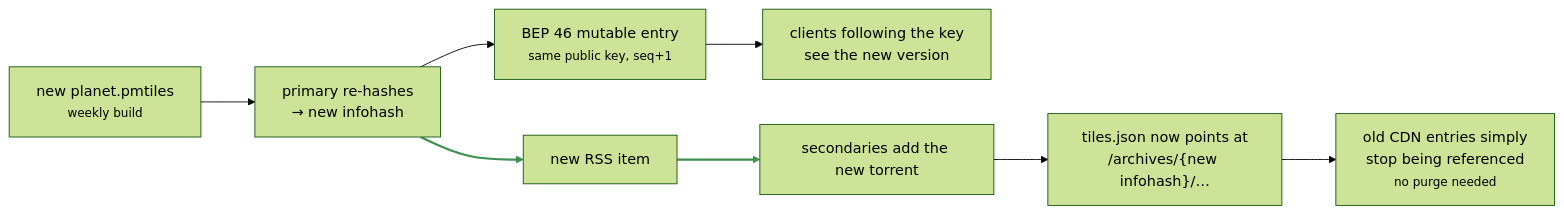
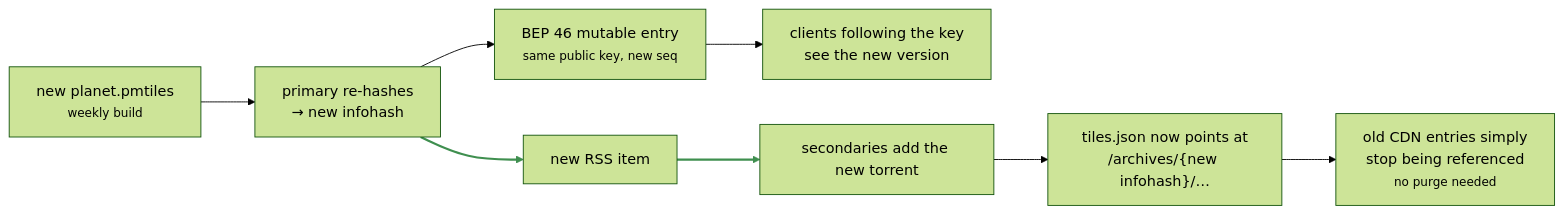
One commit to TechIdiots-LLC/pmtiles-swarm changed the fourth of 4 diagrams in docs/architecture-diagram.md. Above: the diagram before and after it, drawn with Mermaid (forest theme). The commit also changed other lines of this file and 1 other file, not shown here.

````diff
--- a/docs/architecture-diagram.md
+++ b/docs/architecture-diagram.md
@@ -223,15 +223,15 @@
 ```mermaid
 %%{init: {"flowchart": {"rankSpacing": 60}}}%%
 graph LR
     NEW["new planet.pmtiles<br/><small>weekly build</small>"] --> HASH["primary re-hashes<br/>→ new infohash"]
-    HASH --> BEP["BEP 46 mutable entry<br/><small>same public key, seq+1</small>"]
+    HASH --> BEP["BEP 46 mutable entry<br/><small>same public key, new seq</small>"]
     HASH --> FEED["new RSS item"]
 
     BEP --> FOLLOW["clients following the key<br/>see the new version"]
     FEED --> SUBS["secondaries add the new torrent"]
 
     SUBS --> URLS["tiles.json now points at<br/>/archives/{new infohash}/…"]
     URLS --> CACHE["old CDN entries simply<br/>stop being referenced<br/><small>no purge needed</small>"]
 
     linkStyle 2,4 stroke:#3F8F4F,stroke-width:2.5px;
 ```
````
